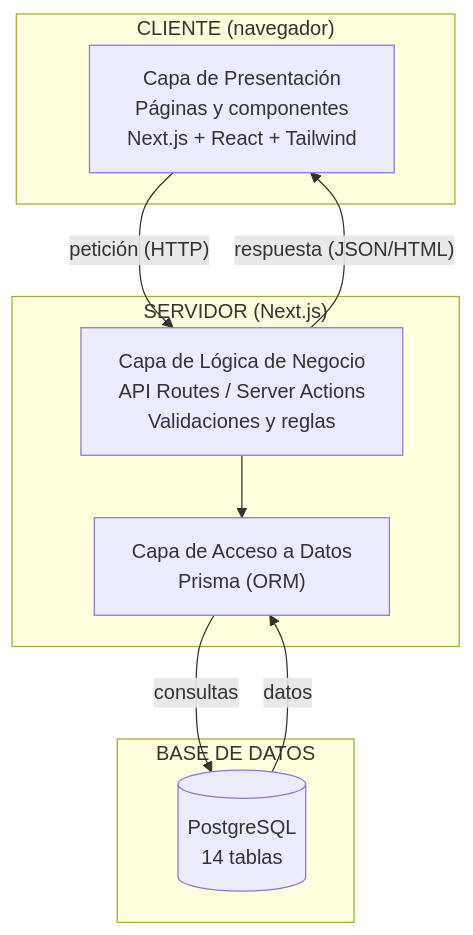
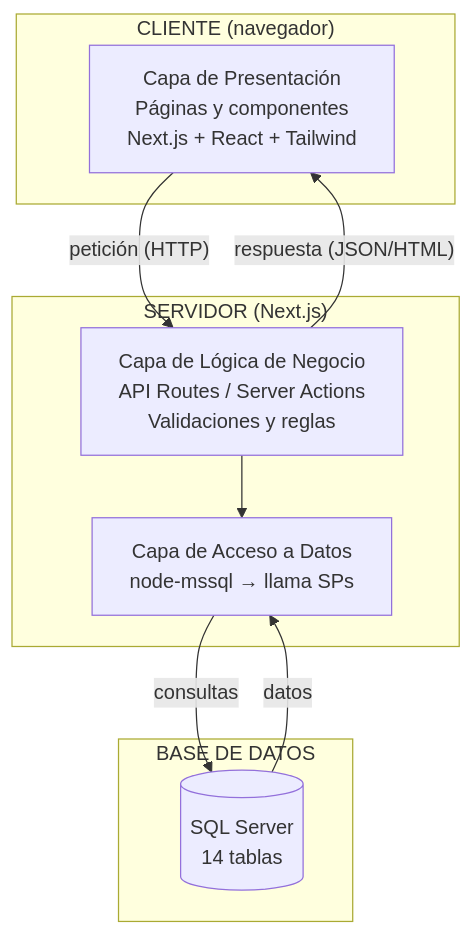
Before and after one commit to ssergiocr01/sistema-hoteles: the first of 2 diagrams in docs/02-diseno/02-arquitectura.md, drawn with Mermaid. The commit also changed other lines of this file and 3 other files, not shown here.

First line of the commit message:
Definir SQL Server + procedimientos almacenados y agregar esquema de BD

````diff
--- a/docs/02-diseno/02-arquitectura.md
+++ b/docs/02-diseno/02-arquitectura.md
@@ -45,21 +49,21 @@
 ```mermaid
 flowchart TD
     subgraph Cliente["CLIENTE (navegador)"]
         UI["Capa de Presentación<br/>Páginas y componentes<br/>Next.js + React + Tailwind"]
     end
 
     subgraph Servidor["SERVIDOR (Next.js)"]
         API["Capa de Lógica de Negocio<br/>API Routes / Server Actions<br/>Validaciones y reglas"]
-        DATA["Capa de Acceso a Datos<br/>Prisma (ORM)"]
+        DATA["Capa de Acceso a Datos<br/>node-mssql → llama SPs"]
     end
 
     subgraph BD["BASE DE DATOS"]
-        DB[("PostgreSQL<br/>14 tablas")]
+        DB[("SQL Server<br/>14 tablas")]
     end
 
     UI -->|"petición (HTTP)"| API
     API -->|"respuesta (JSON/HTML)"| UI
     API --> DATA
     DATA -->|"consultas"| DB
     DB -->|"datos"| DATA
 ```
````
